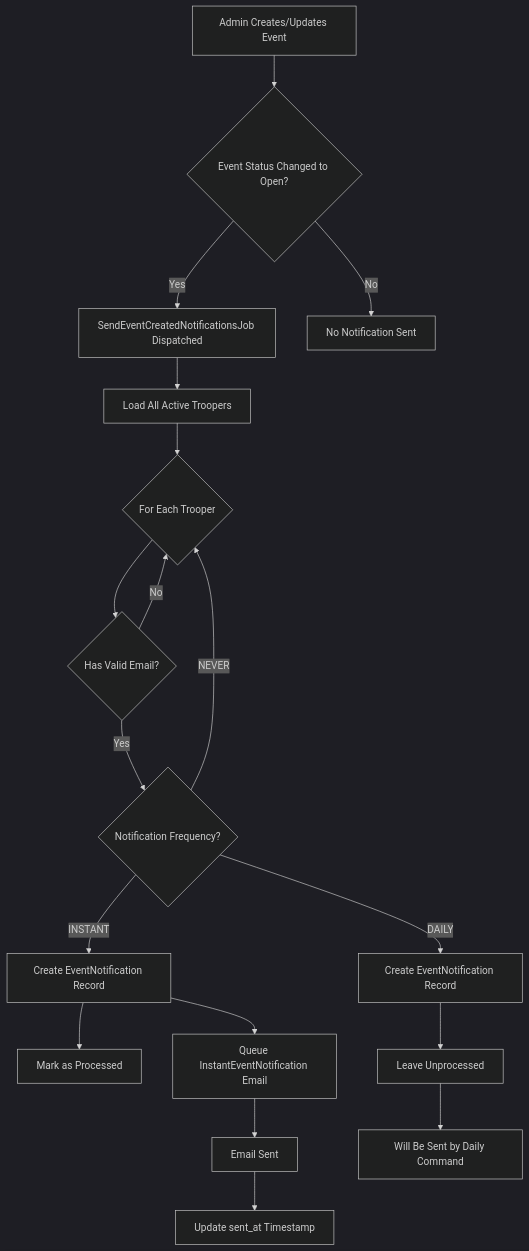
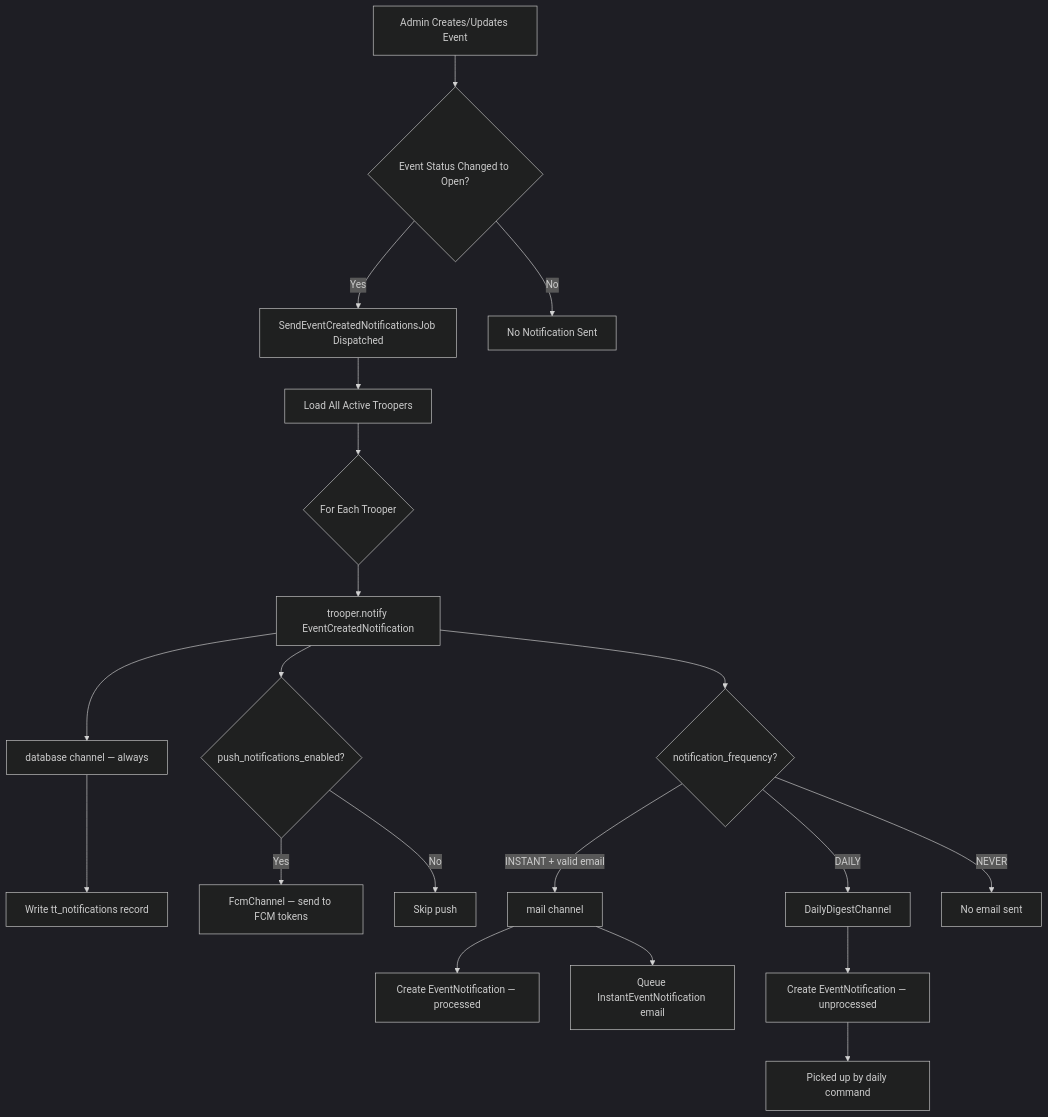
One commit to obsidianslicers/trooper-tracker changed the first of 5 diagrams in docs/EVENT_WORKFLOW.md. Above: the diagram before and after it, drawn with Mermaid (dark theme). The commit also changed other lines of this file and 1 other file, not shown here.

````diff
--- a/docs/EVENT_WORKFLOW.md
+++ b/docs/EVENT_WORKFLOW.md
@@ -46,26 +52,27 @@
 ```mermaid
 flowchart TD
     A[Admin Creates/Updates Event] --> B{Event Status Changed to Open?}
     B -->|Yes| C[SendEventCreatedNotificationsJob Dispatched]
     B -->|No| D[No Notification Sent]
-    
+
     C --> E[Load All Active Troopers]
     E --> F{For Each Trooper}
-    
-    F --> G{Has Valid Email?}
-    G -->|No| F
-    G -->|Yes| H{Notification Frequency?}
-    
-    H -->|NEVER| F
-    H -->|INSTANT| I[Create EventNotification Record]
-    H -->|DAILY| J[Create EventNotification Record]
-    
-    I --> K[Mark as Processed]
-    I --> L[Queue InstantEventNotification Email]
-    
-    J --> M[Leave Unprocessed]
-    M --> N[Will Be Sent by Daily Command]
-    
-    L --> O[Email Sent]
-    O --> P[Update sent_at Timestamp]
+
+    F --> G[trooper.notify EventCreatedNotification]
+
+    G --> H[database channel — always]
+    H --> I[Write tt_notifications record]
+
+    G --> J{push_notifications_enabled?}
+    J -->|Yes| K[FcmChannel — send to FCM tokens]
+    J -->|No| L[Skip push]
+
+    G --> M{notification_frequency?}
+    M -->|INSTANT + valid email| N[mail channel]
+    N --> O[Create EventNotification — processed]
+    N --> P[Queue InstantEventNotification email]
+    M -->|DAILY| Q[DailyDigestChannel]
+    Q --> R[Create EventNotification — unprocessed]
+    R --> S[Picked up by daily command]
+    M -->|NEVER| T[No email sent]
 ```
````
